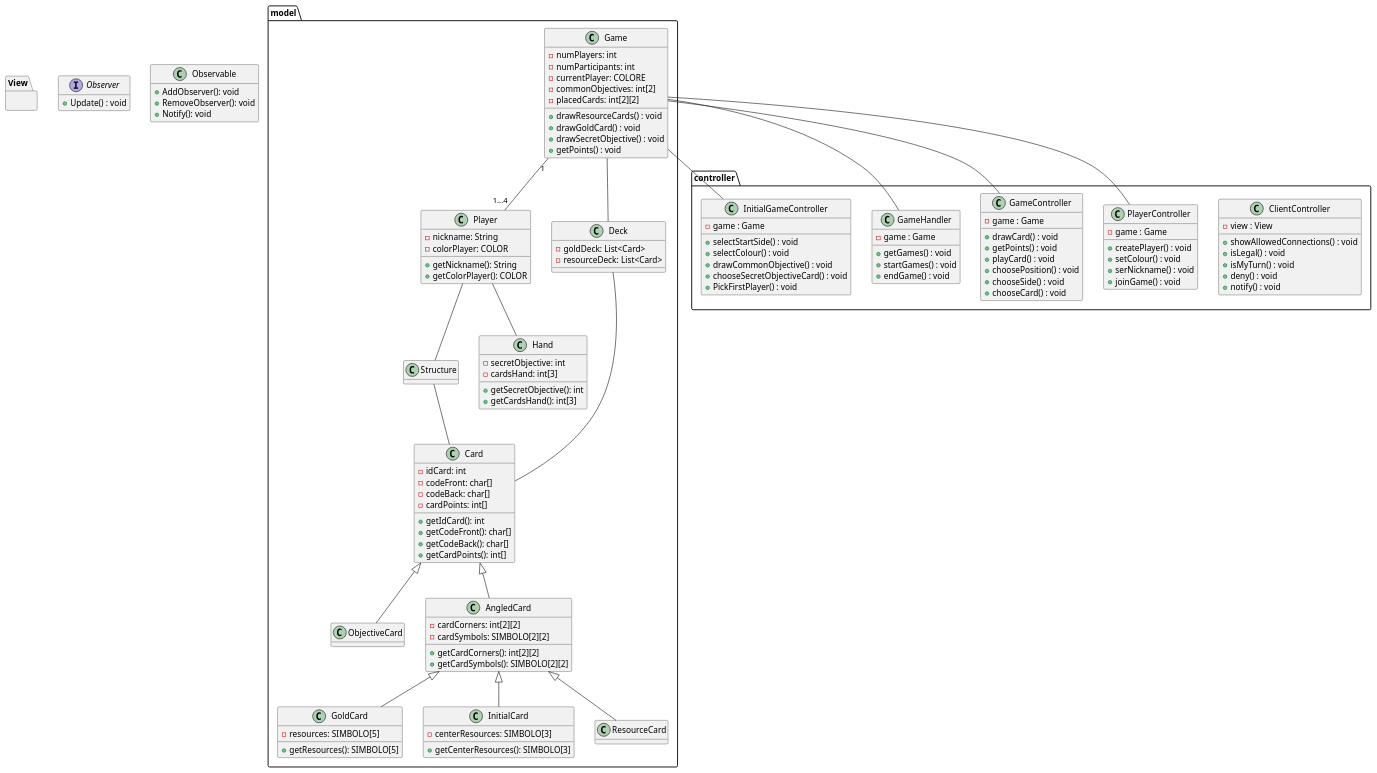
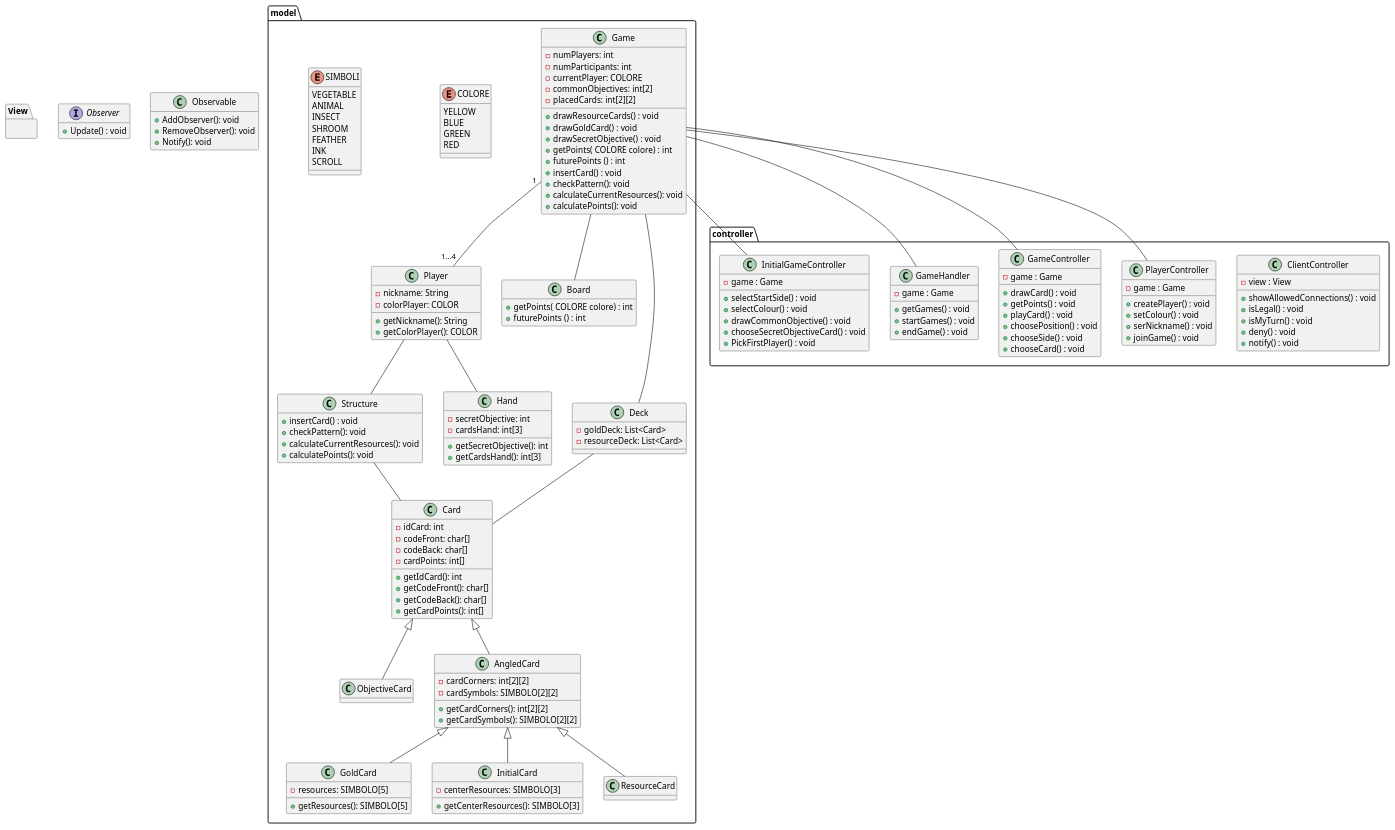
Before and after one commit to LucaPozzato/ing-sw-2024-pozzato-puccia-romano-saso: the diagram in UML/uml.pu, drawn with PlantUML.

Commit message:
UML: board modified

```diff
--- a/UML/uml.pu
+++ b/UML/uml.pu
@@ -22,13 +22,21 @@
         - commonObjectives: int[2]
         - placedCards: int[2][2]
 
+        'General'
 
         'Initial'
         + drawResourceCards() : void
         + drawGoldCard() : void
         + drawSecretObjective() : void
-        'General'
-        + getPoints() : void
+        'Board'
+        + getPoints( COLORE colore) : int
+        + futurePoints () : int
+        'Structure'
+        + insertCard() : void
+        + checkPattern(): void
+        + calculateCurrentResources(): void
+        + calculatePoints(): void
+
 
     }
 
@@ -40,6 +48,10 @@
         + getColorPlayer(): COLOR
     }
 
+    class Board {
+        + getPoints( COLORE colore) : int
+        + futurePoints () : int
+    }
 
     class Card {
         'colore lo codifichiam nell'id? o lo salviamo in una var?
@@ -85,7 +97,12 @@
 
     class ResourceCard extends AngledCard {}
 
-    class Structure {}
+    class Structure {
+        + insertCard() : void
+        + checkPattern(): void
+        + calculateCurrentResources(): void
+        + calculatePoints(): void
+    }
 
     class Deck {
         'check sul tipo dinamico statico'
@@ -99,6 +116,23 @@
 
         + getSecretObjective(): int
         + getCardsHand(): int[3]
+    }
+
+    enum COLORE {
+        YELLOW
+        BLUE
+        GREEN
+        RED
+    }
+
+    enum SIMBOLI {
+        VEGETABLE
+        ANIMAL
+        INSECT
+        SHROOM
+        FEATHER
+        INK
+        SCROLL
     }
 }
 
@@ -169,6 +203,7 @@
 Game -- GameHandler
 Game -- PlayerController
 Game "1" -- "1...4" Player
+Game -- Board
 Game -- Deck
 Deck -- Card
 Player -- Structure
```
